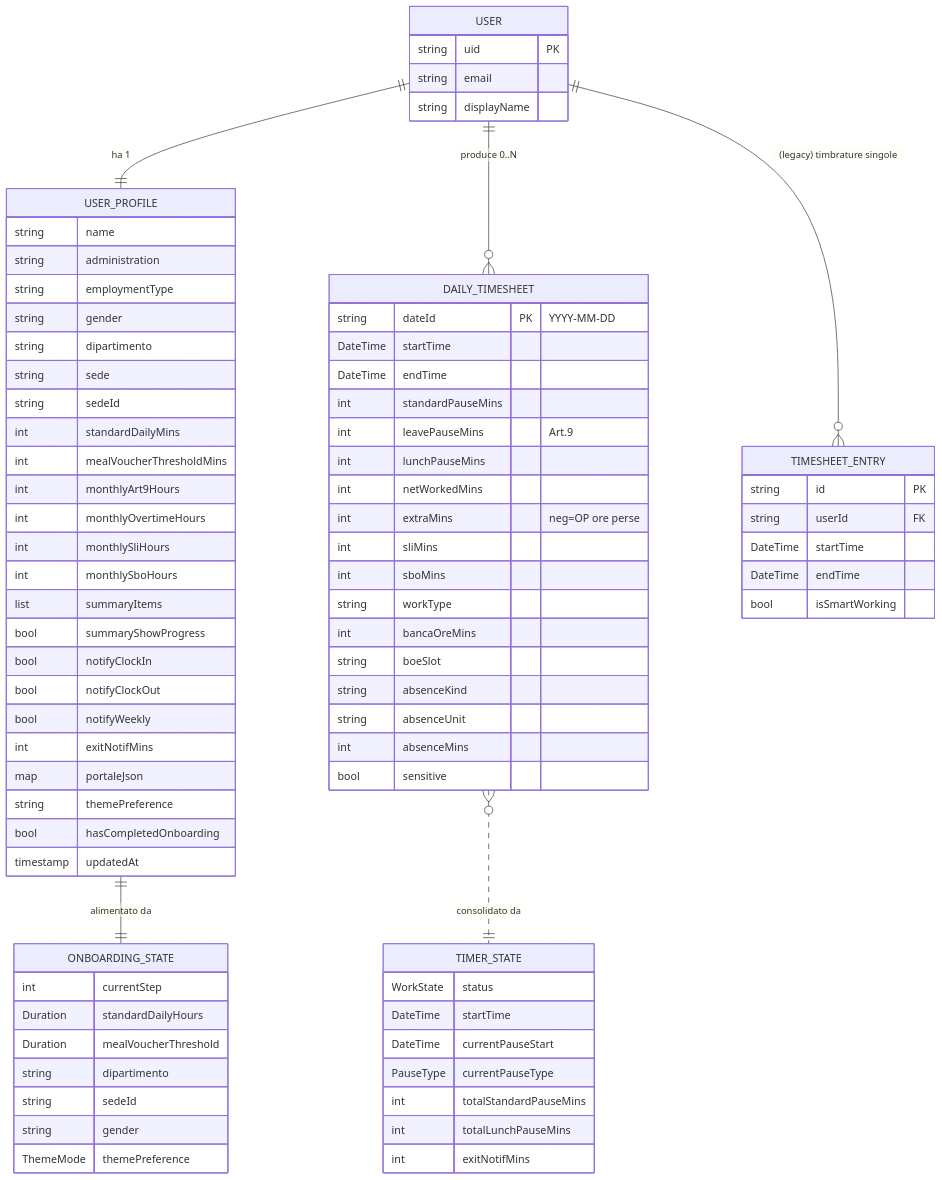
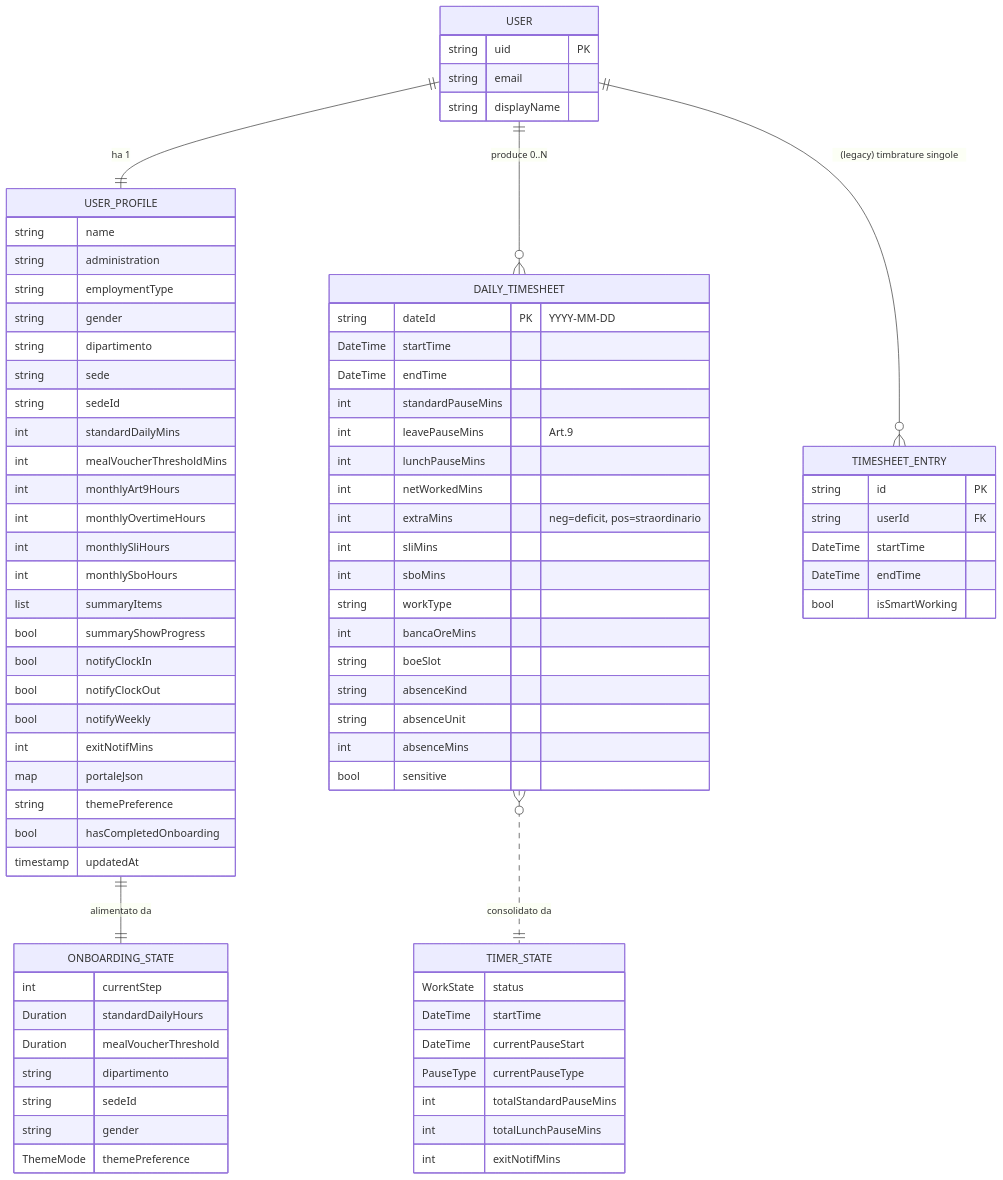
One commit to marcocipriani/chigio_time changed the diagram in docs/entities/README.md. Above: the diagram before and after it, drawn with Mermaid. The commit also changed 8 other files, not shown here.

```diff
--- a/docs/entities/README.md
+++ b/docs/entities/README.md
@@ -63,7 +63,7 @@
         int leavePauseMins "Art.9"
         int lunchPauseMins
         int netWorkedMins
-        int extraMins "neg=OP ore perse"
+        int extraMins "neg=deficit, pos=straordinario"
         int sliMins
         int sboMins
         string workType
```
